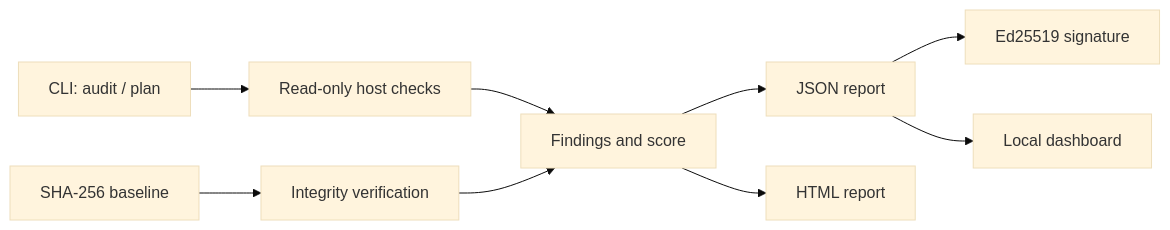
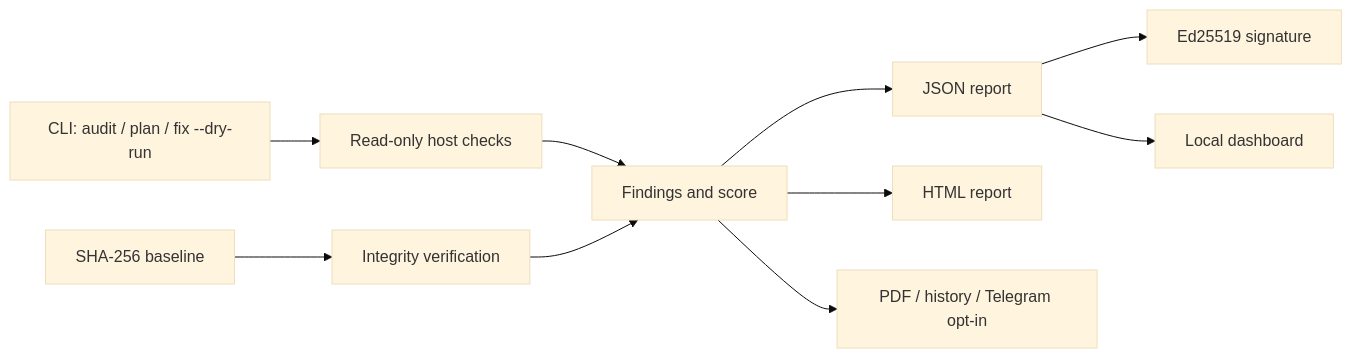
Before and after one commit to kibernetinio-saugumo-sprendimai/Safestack-Sentinel: the first of 2 diagrams in README.md, drawn with Mermaid (base theme). The commit also changed other lines of this file and 14 other files, not shown here.

````diff
--- a/README.md
+++ b/README.md
@@ -51,11 +57,12 @@
 ```mermaid
 flowchart LR
-    A[CLI: audit / plan] --> B[Read-only host checks]
+    A[CLI: audit / plan / fix --dry-run] --> B[Read-only host checks]
     B --> C[Findings and score]
     C --> D[JSON report]
     C --> E[HTML report]
+    C --> J[PDF / history / Telegram opt-in]
     D --> F[Ed25519 signature]
     D --> G[Local dashboard]
     H[SHA-256 baseline] --> I[Integrity verification]
     I --> C
 ```
````
